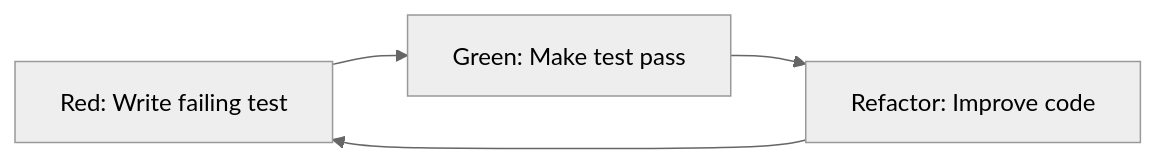
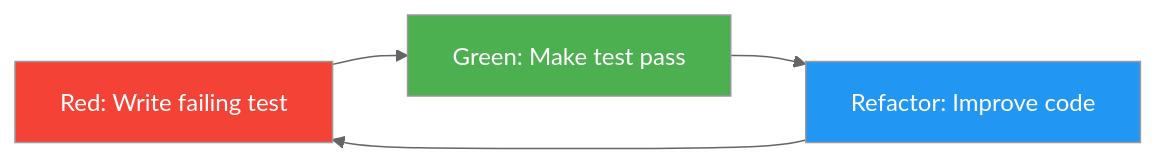
One commit to Raushan666java/ai-engineering-journey changed the sixth of 8 diagrams in docs/courses/software-engineering/11-agile-methodologies.md. Above: the diagram before and after it, drawn with Mermaid (neutral theme). The commit also changed other lines of this file and 15 other files, not shown here.

Commit message:
deploy: software-engineering overhaul - 16 chapters expanded to avg 1284L (+7649L), richer Mermaid, more TS, deeper content

````diff
--- a/docs/courses/software-engineering/11-agile-methodologies.md
+++ b/docs/courses/software-engineering/11-agile-methodologies.md
@@ -213,6 +321,10 @@
 ```mermaid
 graph LR
     RED[Red: Write failing test] --> GREEN[Green: Make test pass]
     GREEN --> REF[Refactor: Improve code]
     REF --> RED
+    
+    style RED fill:#f44336,color:#fff
+    style GREEN fill:#4caf50,color:#fff
+    style REF fill:#2196f3,color:#fff
 ```
````
